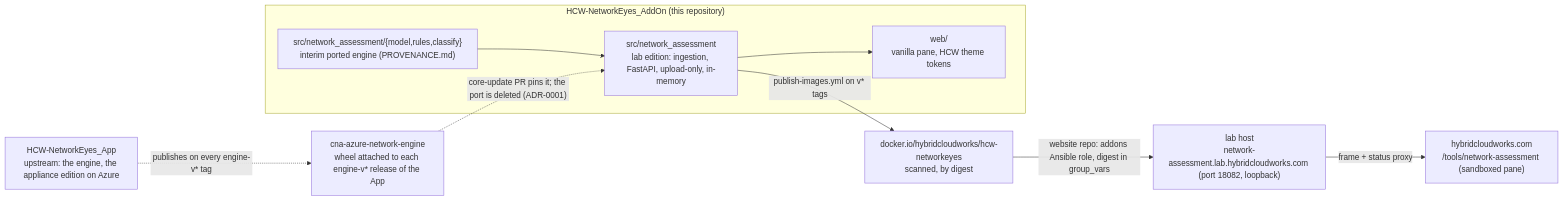
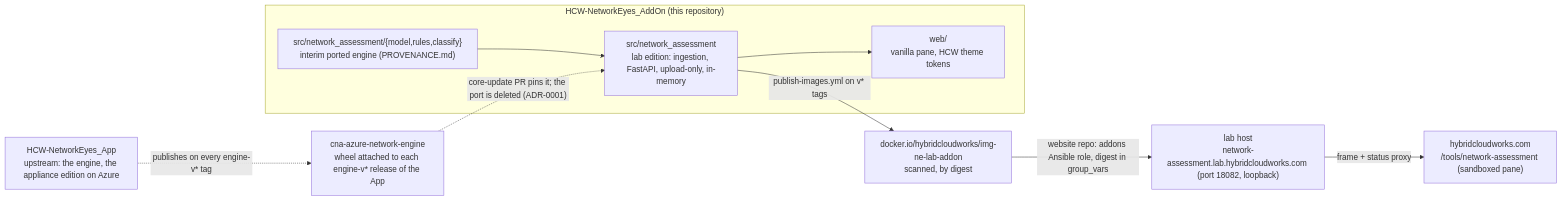
The diagram in README.md (saulpatinojr/HCW-NetworkEyes_AddOn), drawn with Mermaid before and after one commit. The commit also changed other lines of this file and 8 other files, not shown here.

First line of the commit message:
Lab image follows the img-<short>-<job>-<type> convention; tag is the full release tag; version no longer reaches a shell inline

````diff
--- a/README.md
+++ b/README.md
@@ -33,19 +33,19 @@
 ```mermaid
 flowchart LR
   Core["HCW-NetworkEyes_App<br/>upstream: the engine, the appliance edition on Azure"]
   Wheel["cna-azure-network-engine<br/>wheel attached to each engine-v* release of the App"]
   subgraph AddOn["HCW-NetworkEyes_AddOn (this repository)"]
     Port["src/network_assessment/{model,rules,classify}<br/>interim ported engine (PROVENANCE.md)"]
     Lab["src/network_assessment<br/>lab edition: ingestion, FastAPI, upload-only, in-memory"]
     Pane["web/<br/>vanilla pane, HCW theme tokens"]
     Port --> Lab --> Pane
   end
-  Image["docker.io/hybridcloudworks/hcw-networkeyes<br/>scanned, by digest"]
+  Image["docker.io/hybridcloudworks/img-ne-lab-addon<br/>scanned, by digest"]
   Host["lab host<br/>network-assessment.lab.hybridcloudworks.com (port 18082, loopback)"]
   Site["hybridcloudworks.com<br/>/tools/network-assessment (sandboxed pane)"]
   Core -. "publishes on every engine-v* tag" .-> Wheel
   Wheel -. "core-update PR pins it; the port is deleted (ADR-0001)" .-> Lab
   Lab -- "publish-images.yml on v* tags" --> Image
   Image -- "website repo: addons Ansible role, digest in group_vars" --> Host
   Host -- "frame + status proxy" --> Site
 ```
````
